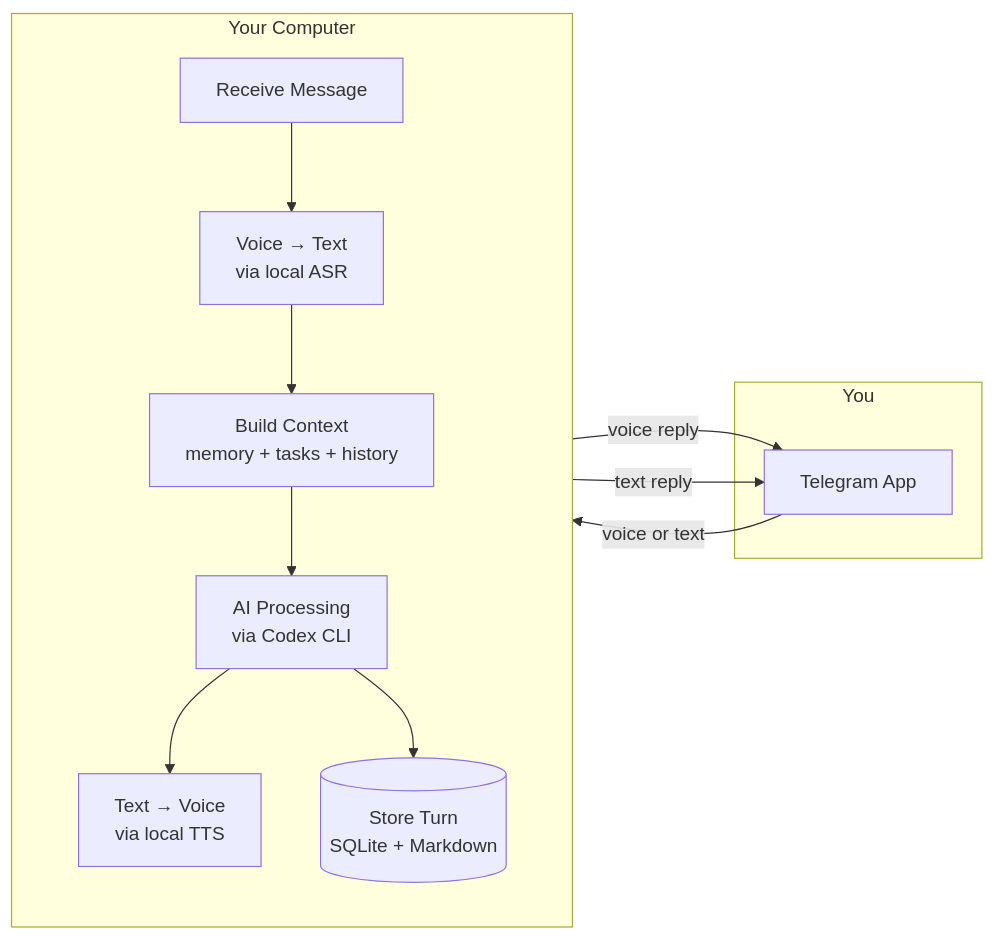
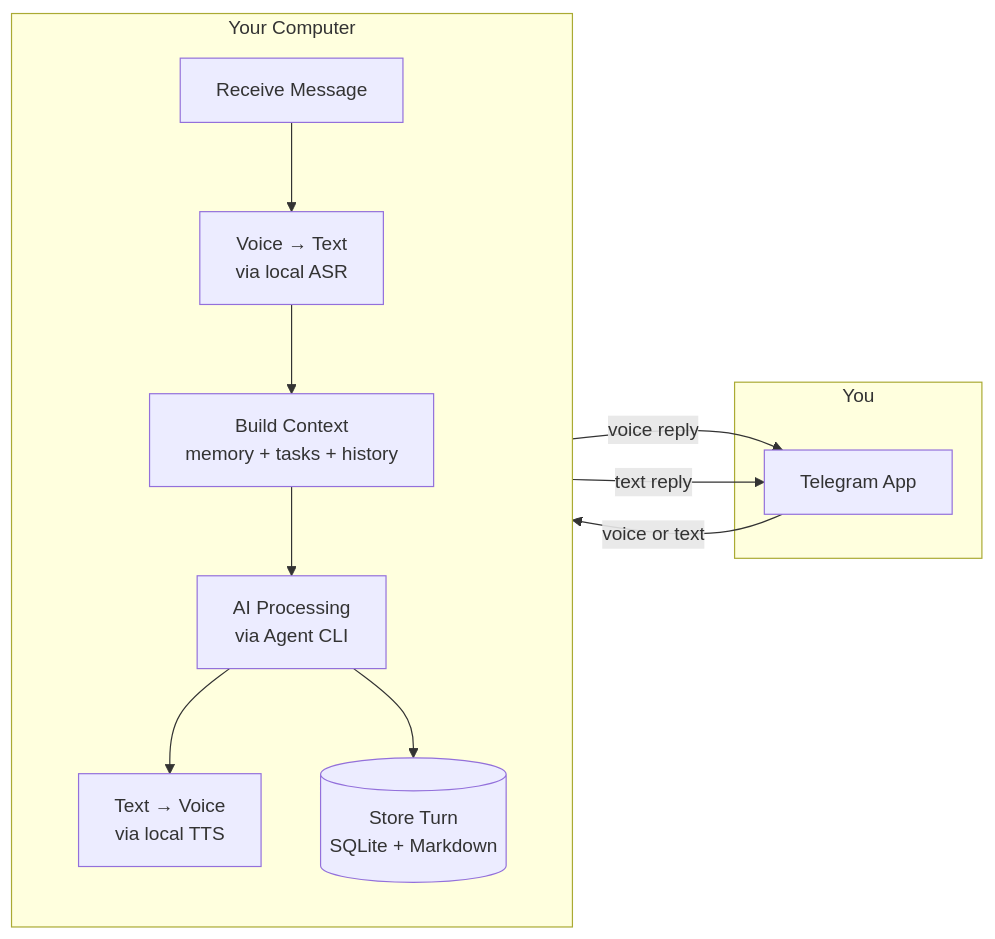
Before and after one commit to lsj5031/ShellClaw: the first of 3 diagrams in README.md, drawn with Mermaid. The commit also changed other lines of this file and 1 other file, not shown here.

````diff
--- a/README.md
+++ b/README.md
@@ -55,23 +53,23 @@
 ```mermaid
 flowchart LR
     subgraph You
         TG[Telegram App]
     end
 
     subgraph Your_Computer["Your Computer"]
         direction TB
         A[Receive Message]
         B[Voice → Text<br/>via local ASR]
         C[Build Context<br/>memory + tasks + history]
-        D[AI Processing<br/>via Codex CLI]
+        D[AI Processing<br/>via Agent CLI]
         E[Text → Voice<br/>via local TTS]
         F[(Store Turn<br/>SQLite + Markdown)]
     end
 
     TG -->|"voice or text"| A
     A --> B --> C --> D
     D --> E
     E -->|"voice reply"| TG
     D -->|"text reply"| TG
     D --> F
 ```
````
